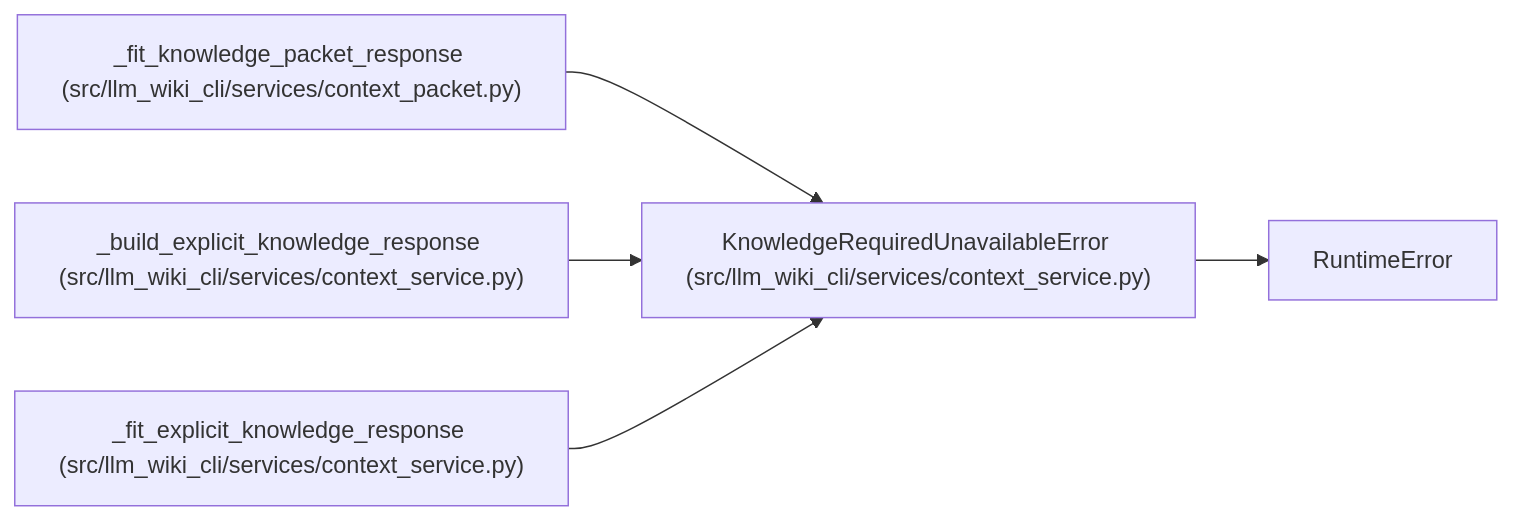
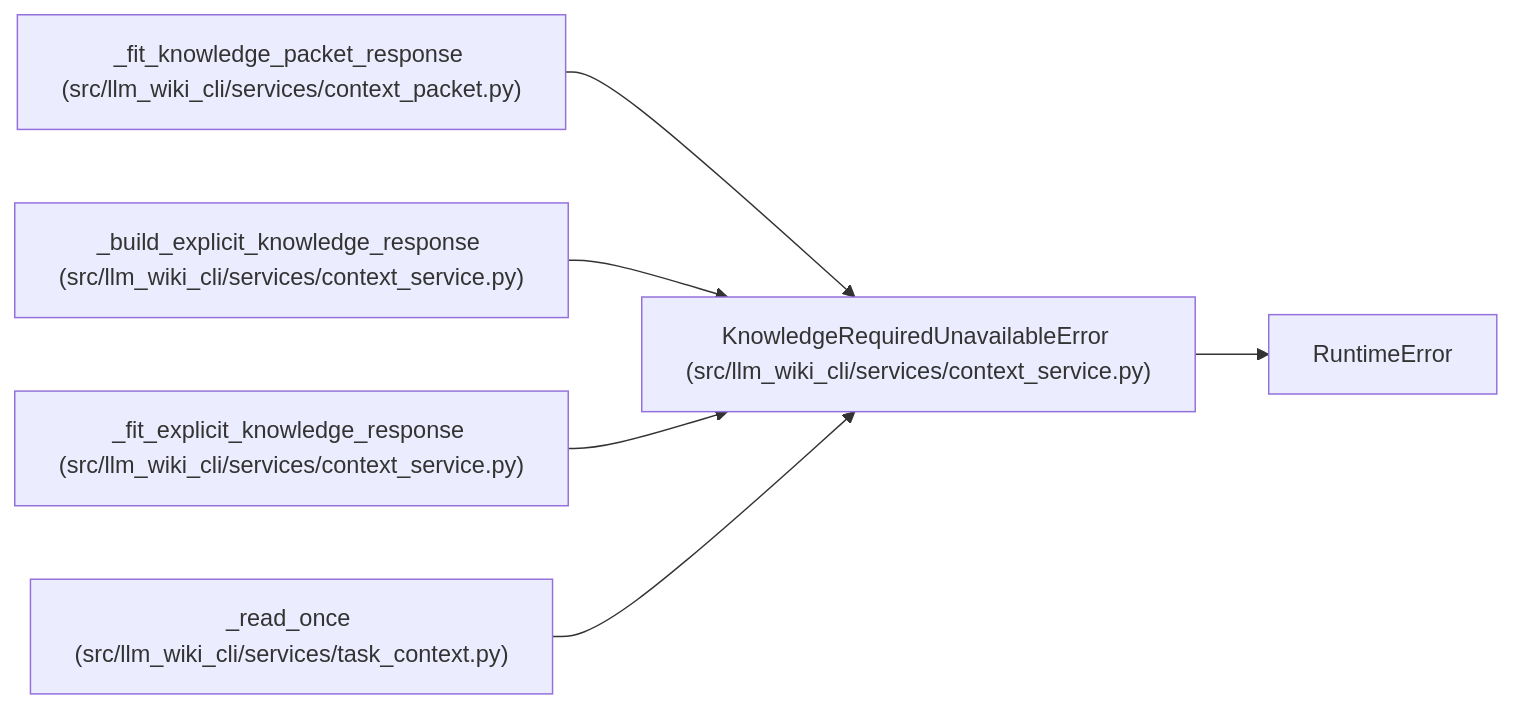
The diagram in docs/llm_wiki/entities/KnowledgeRequiredUnavailableError.md (Denissvgn/python-wiki-llm), drawn with Mermaid before and after one commit. The commit also changed other lines of this file and 865 other files, not shown here.

````diff
--- a/docs/llm_wiki/entities/KnowledgeRequiredUnavailableError.md
+++ b/docs/llm_wiki/entities/KnowledgeRequiredUnavailableError.md
@@ -25,16 +25,19 @@
 ```mermaid
 flowchart LR
     n0["KnowledgeRequiredUnavailableError (src/llm_wiki_cli/services/context_service.py)"]
     n1["RuntimeError"]
     n2["_fit_knowledge_packet_response (src/llm_wiki_cli/services/context_packet.py)"]
     n3["_build_explicit_knowledge_response (src/llm_wiki_cli/services/context_service.py)"]
     n4["_fit_explicit_knowledge_response (src/llm_wiki_cli/services/context_service.py)"]
+    n5["_read_once (src/llm_wiki_cli/services/task_context.py)"]
     n0 --> n1
     n2 --> n0
     n3 --> n0
     n4 --> n0
+    n5 --> n0
     click n0 "../modules/context_service.md"
     click n2 "../modules/context_packet.md"
     click n3 "../modules/context_service.md"
     click n4 "../modules/context_service.md"
+    click n5 "../modules/task_context.md"
 ```
````
